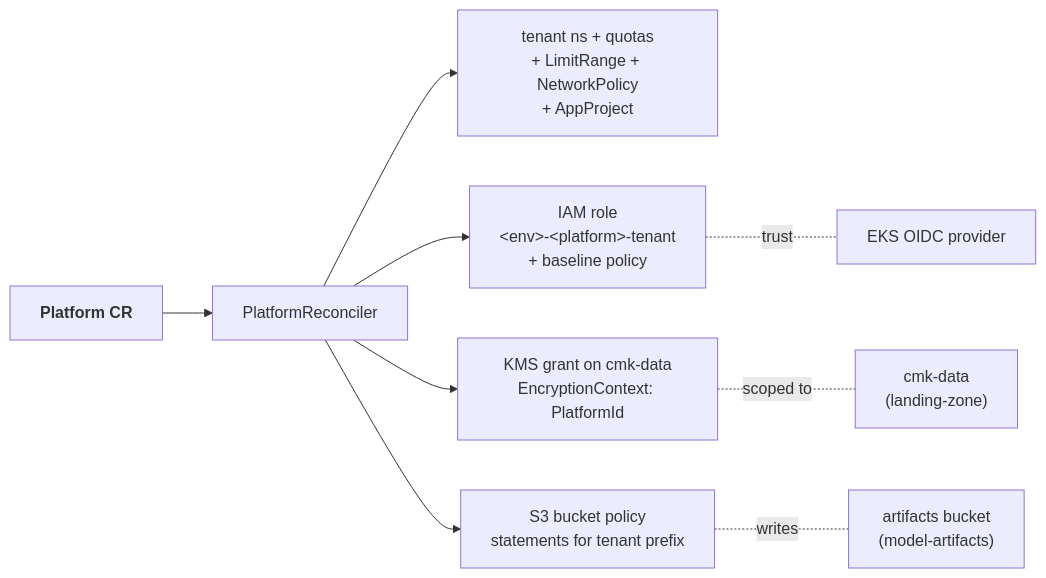
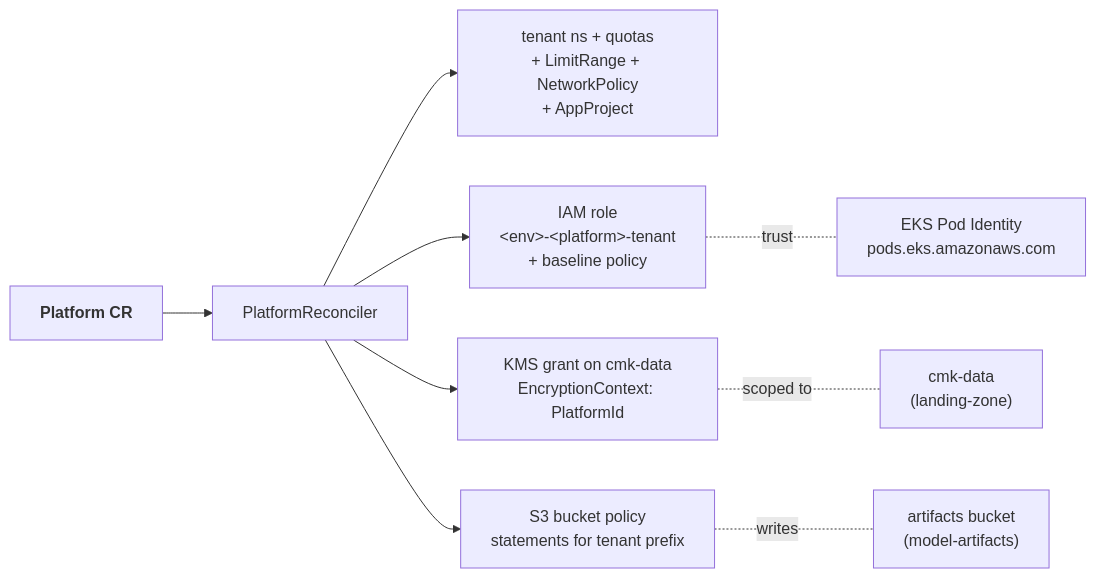
The second of 3 diagrams in docs/architecture/overview.md (nanohype/eks-agent-platform), drawn with Mermaid before and after one commit. The commit also changed other lines of this file and 14 other files, not shown here.

First line of the commit message:
feat(operators): bind the tenant runtime role via EKS Pod Identity

````diff
--- a/docs/architecture/overview.md
+++ b/docs/architecture/overview.md
@@ -54,13 +54,13 @@
 ```mermaid
 flowchart LR
   Platform["<b>Platform CR</b>"] --> PR["PlatformReconciler"]
 
   PR --> Ns["tenant ns + quotas<br/>+ LimitRange + NetworkPolicy<br/>+ AppProject"]
   PR --> IAM["IAM role<br/>&lt;env&gt;-&lt;platform&gt;-tenant<br/>+ baseline policy"]
   PR --> KMS["KMS grant on cmk-data<br/>EncryptionContext: PlatformId"]
   PR --> S3["S3 bucket policy<br/>statements for tenant prefix"]
 
-  IAM -. "trust" .- OIDC["EKS OIDC provider"]
+  IAM -. "trust" .- EKSPI["EKS Pod Identity<br/>pods.eks.amazonaws.com"]
   KMS -. "scoped to" .- DataKey["cmk-data<br/>(landing-zone)"]
   S3 -. "writes" .- Artifacts["artifacts bucket<br/>(model-artifacts)"]
 ```
````
